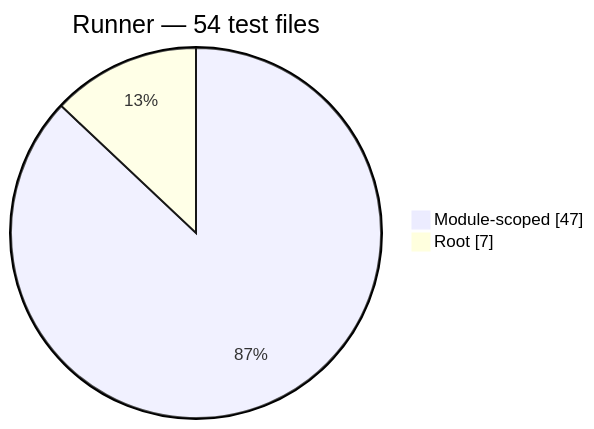
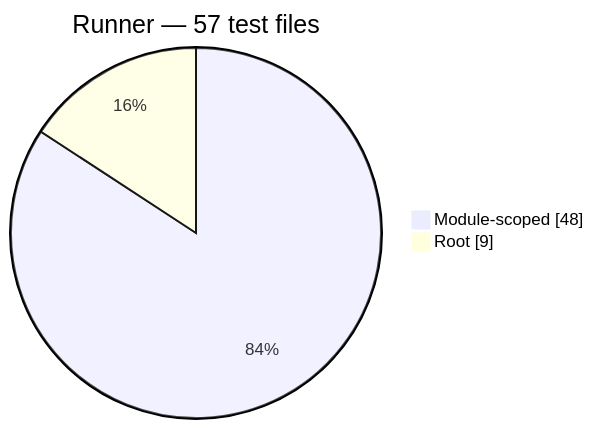
Before and after one commit to PHP-Arazzo/php-arazzo: the seventh of 13 diagrams in docs/generated/test-composition.md, drawn with Mermaid. The commit also changed other lines of this file and 22 other files, not shown here.

Commit message:
docs: regenerate architecture docs

````diff
--- a/docs/generated/test-composition.md
+++ b/docs/generated/test-composition.md
@@ -106,6 +106,6 @@
 ```mermaid
 pie showData
-    title Runner — 54 test files
-    "Module-scoped": 47
-    "Root": 7
+    title Runner — 57 test files
+    "Module-scoped": 48
+    "Root": 9
 ```
````
